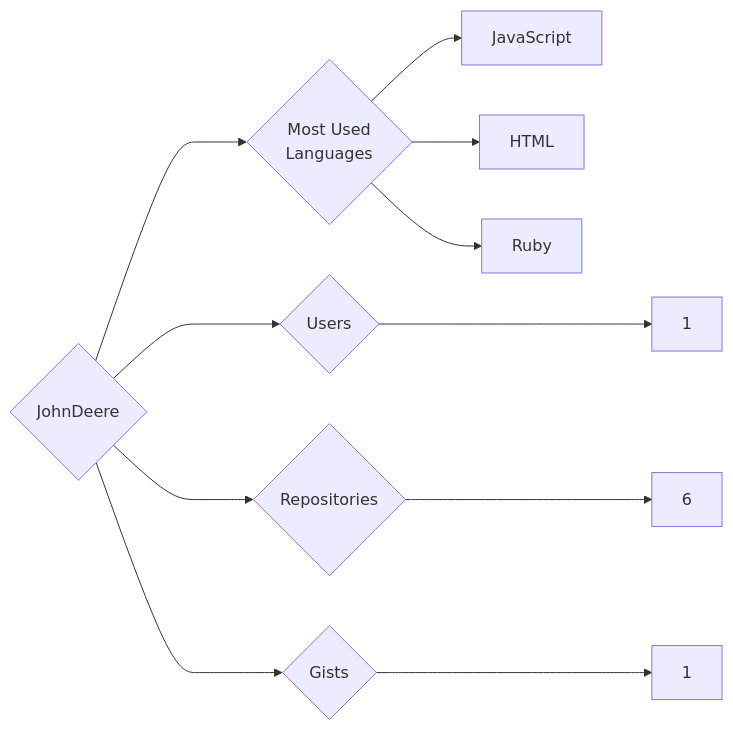
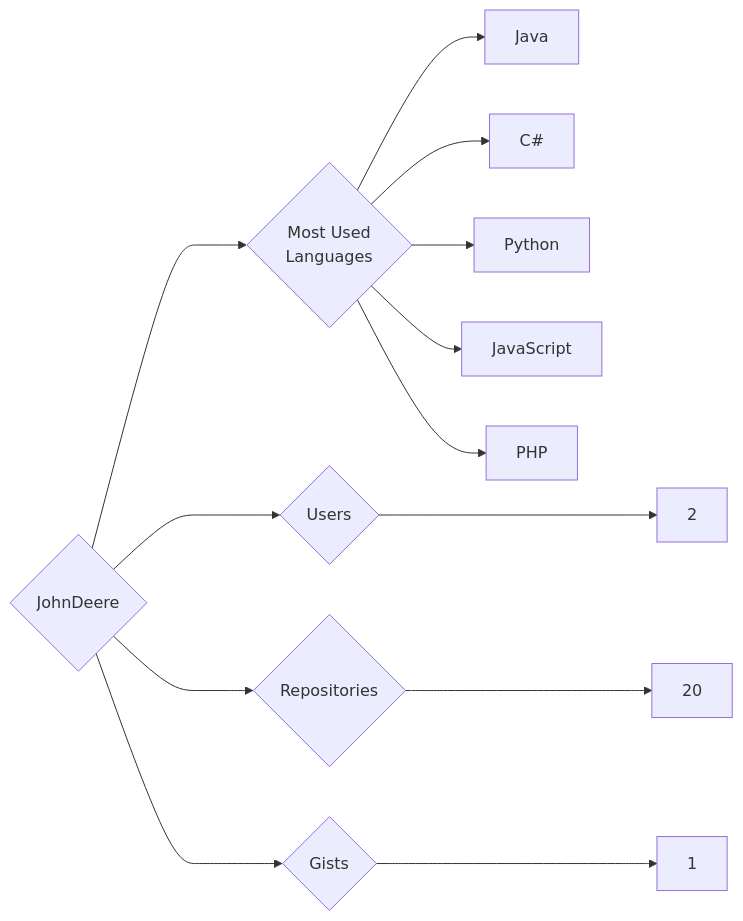
The diagram in targets/JohnDeere/README.md (trickest/insiders), drawn with Mermaid before and after one commit. The commit also changed 916 other files, not shown here.

````diff
--- a/targets/JohnDeere/README.md
+++ b/targets/JohnDeere/README.md
@@ -3,11 +3,13 @@
 ```mermaid
 graph LR
 COMPANY_NAME{JohnDeere}
-COMPANY_NAME ---> U{Users} ---> UN[1]
-COMPANY_NAME ---> R{Repositories} ---> RN[6]
+COMPANY_NAME ---> U{Users} ---> UN[2]
+COMPANY_NAME ---> R{Repositories} ---> RN[20]
 COMPANY_NAME ---> G{Gists} ---> GN[1]
 COMPANY_NAME ---> ML{Most Used<br>Languages}
+ML --> Java[Java]
+ML --> C#[C#]
+ML --> Python[Python]
 ML --> JavaScript[JavaScript]
-ML --> HTML[HTML]
-ML --> Ruby[Ruby]
+ML --> PHP[PHP]
 ```
````
